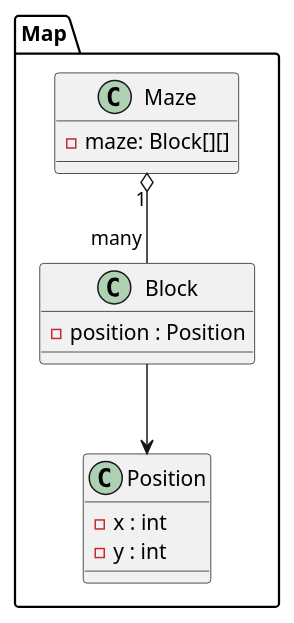
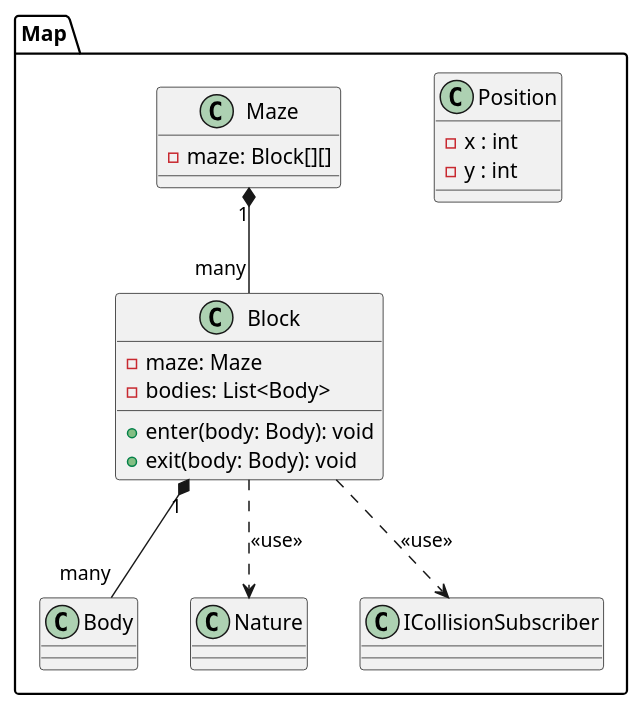
The diagram in games/pac-man/maze.puml (Pending-Name-21/arquitecture), drawn with PlantUML before and after one commit. The commit also changed 1 other file, not shown here.

Commit message:
refactor: moved collision handling to Characters/Collectables
- The old implementation had a CollisionHandler for each character or
  element that would implement the collision logic for the given
  element. I've updated so that each element handles the collision by
  implementing ICollisionSubscriber. But I've left a TODO in order to
  continue with this logic later.

- A collision happens when a new body is added to a block, and each body
  of the block is notified of this collision.

- Each Block has a reference to the Maze so that a body inside can move
  to the next block.

```diff
--- a/games/pac-man/maze.puml
+++ b/games/pac-man/maze.puml
@@ -1,18 +1,27 @@
 @startuml
 package Map {
   class Position {
    - x : int
    - y : int
   }
 
+  /'
+    A collision is when a body enters a block that already has other bodies.
+    A block can have 0 or more bodies
+  '/
   class Block {
-   - position : Position
+   - maze: Maze
+   - bodies: List<Body>
+   + enter(body: Body): void
+   + exit(body: Body): void
   }
-  Block --> Position
+  Block "1" *-- "many" Body
+  Block ..> Nature: <<use>>
+  Block ..> ICollisionSubscriber: <<use>>
 
   class Maze {
    - maze: Block[][]
   }
-  Maze "1" o-- "many" Block
+  Maze "1" *-- "many" Block
 }
 @enduml
```
